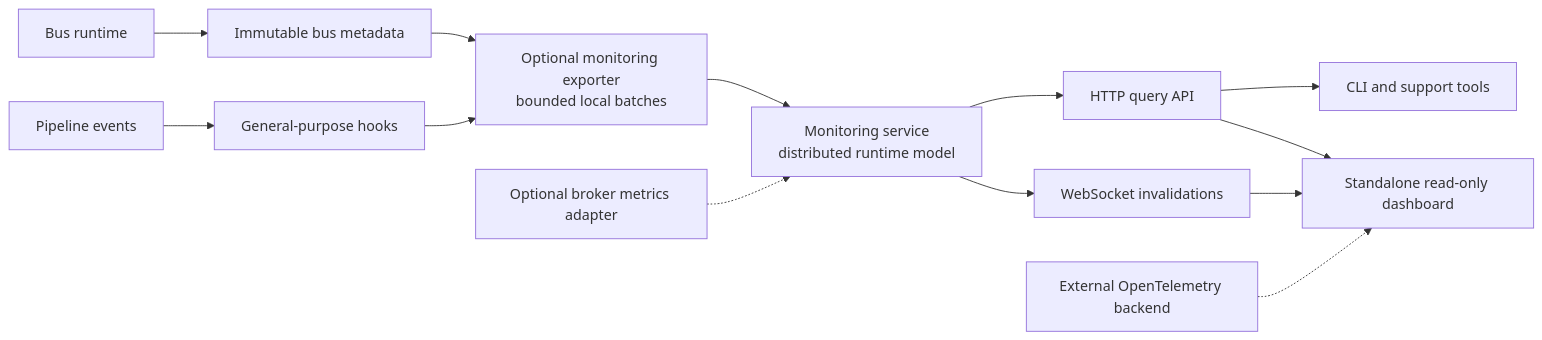
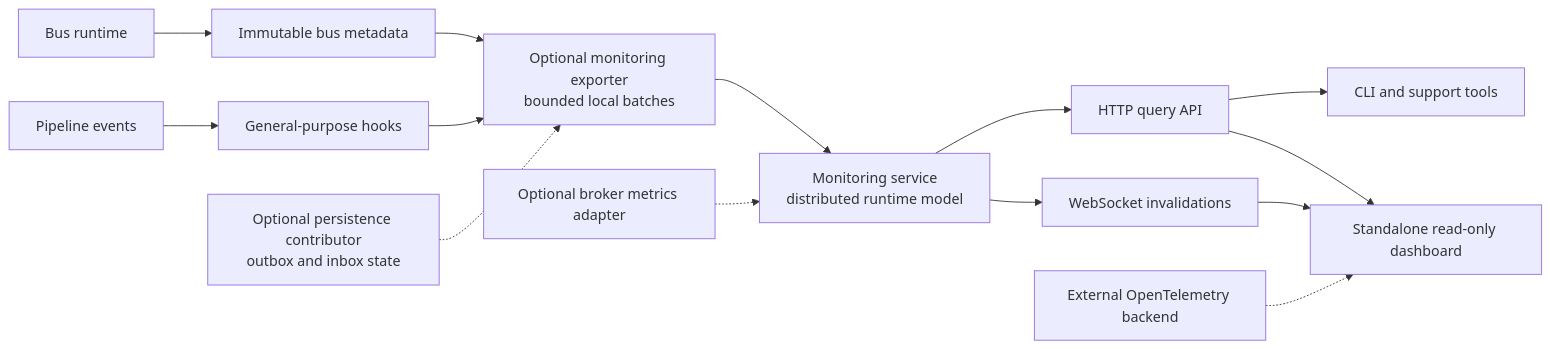
Before and after one commit to marinasundstrom/MyServiceBus: the fifth of 5 diagrams in docs/myservicebus-architecture.md, drawn with Mermaid. The commit also changed other lines of this file and 8 other files, not shown here.

````diff
--- a/docs/myservicebus-architecture.md
+++ b/docs/myservicebus-architecture.md
@@ -214,15 +242,16 @@
 ```mermaid
 flowchart LR
     Runtime["Bus runtime"] --> Inspection["Immutable bus metadata"]
     Pipelines["Pipeline events"] --> Hooks["General-purpose hooks"]
     Inspection --> Exporter["Optional monitoring exporter\nbounded local batches"]
     Hooks --> Exporter
+    Persistence["Optional persistence contributor\noutbox and inbox state"] -.-> Exporter
     Exporter --> Service["Monitoring service\ndistributed runtime model"]
     BrokerAdapter["Optional broker metrics adapter"] -.-> Service
     Service --> Query["HTTP query API"]
     Service --> Live["WebSocket invalidations"]
     Query --> CLI["CLI and support tools"]
     Query --> Dashboard["Standalone read-only dashboard"]
     Live --> Dashboard
     Telemetry["External OpenTelemetry backend"] -.-> Dashboard
 ```
````
